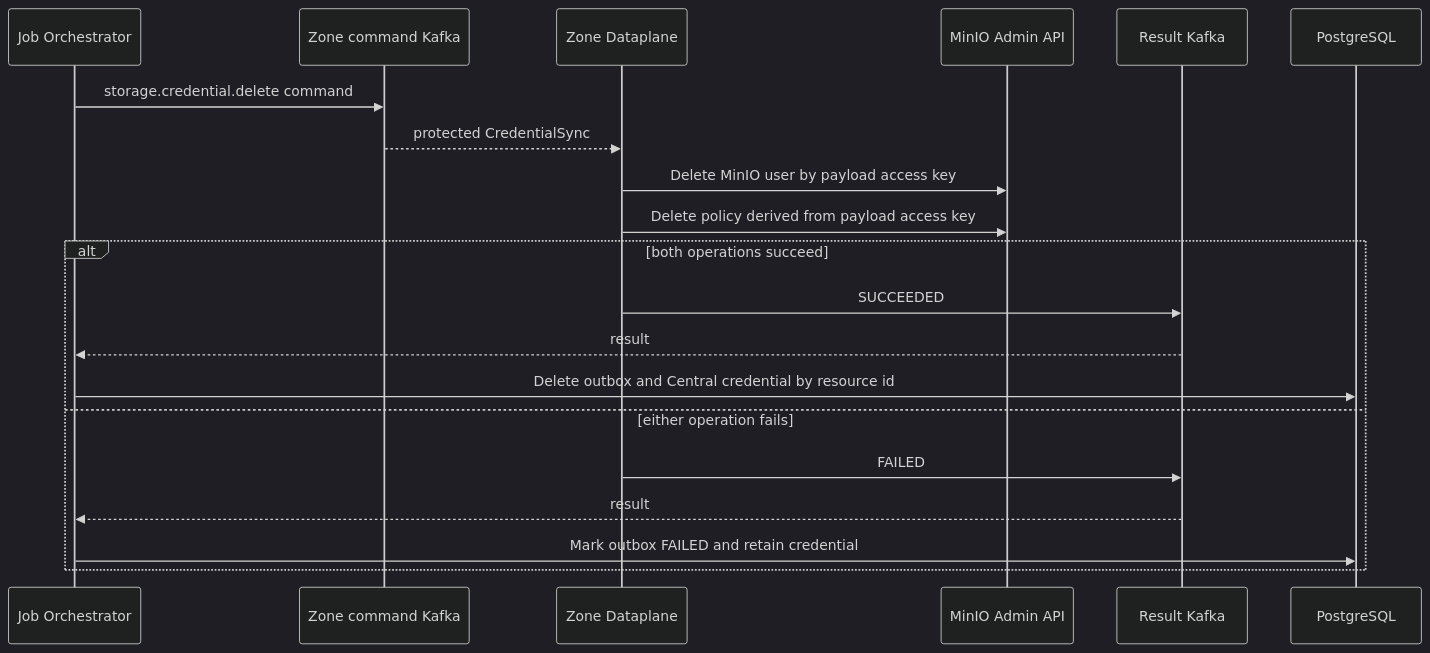
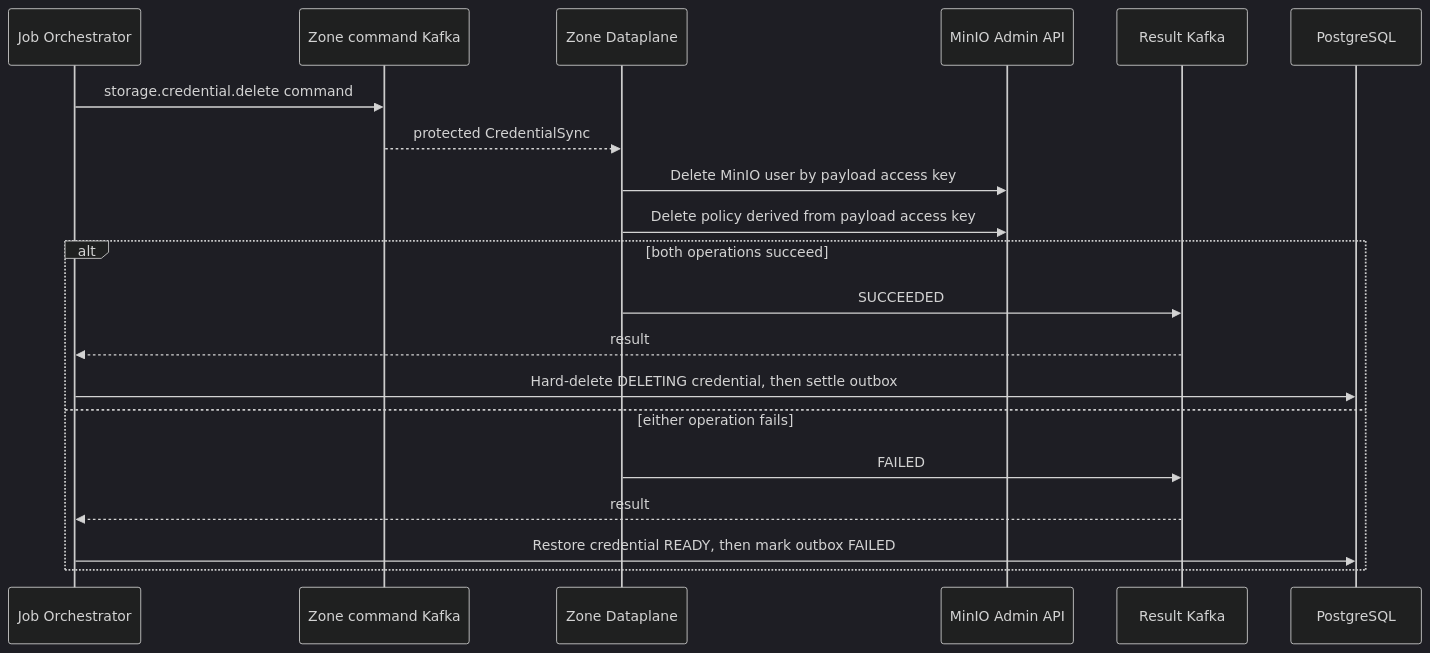
The third of 4 diagrams in god_view/storage/personal_storage_credential_delete_god_view_workflow.md (phucle996/aurora), drawn with Mermaid (dark theme) before and after one commit. The commit also changed other lines of this file and 195 other files, not shown here.

````diff
--- a/god_view/storage/personal_storage_credential_delete_god_view_workflow.md
+++ b/god_view/storage/personal_storage_credential_delete_god_view_workflow.md
@@ -134,23 +134,23 @@
 ```mermaid
 sequenceDiagram
     participant JO as Job Orchestrator
     participant KC as Zone command Kafka
     participant DP as Zone Dataplane
     participant M as MinIO Admin API
     participant KR as Result Kafka
     participant PG as PostgreSQL
 
     JO->>KC: storage.credential.delete command
     KC-->>DP: protected CredentialSync
     DP->>M: Delete MinIO user by payload access key
     DP->>M: Delete policy derived from payload access key
     alt both operations succeed
         DP->>KR: SUCCEEDED
         KR-->>JO: result
-        JO->>PG: Delete outbox and Central credential by resource id
+        JO->>PG: Hard-delete DELETING credential, then settle outbox
     else either operation fails
         DP->>KR: FAILED
         KR-->>JO: result
-        JO->>PG: Mark outbox FAILED and retain credential
+        JO->>PG: Restore credential READY, then mark outbox FAILED
     end
 ```
````
